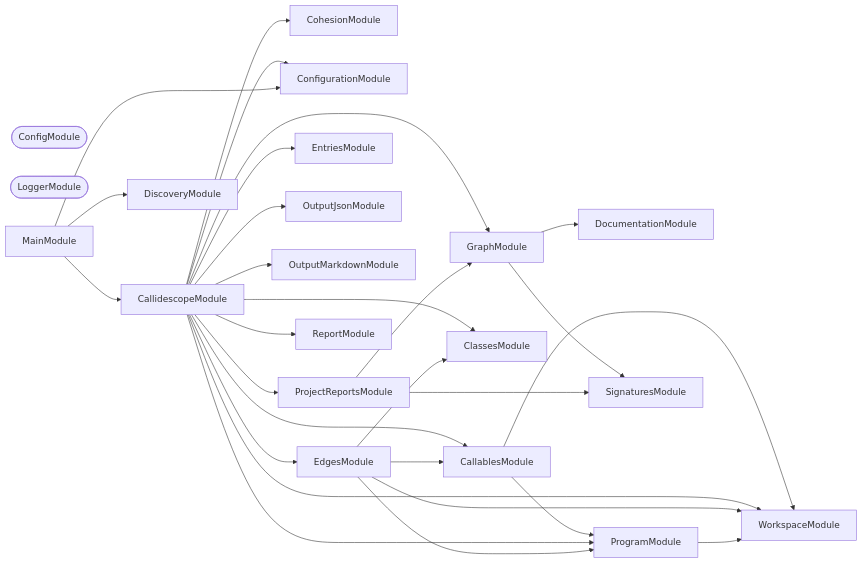
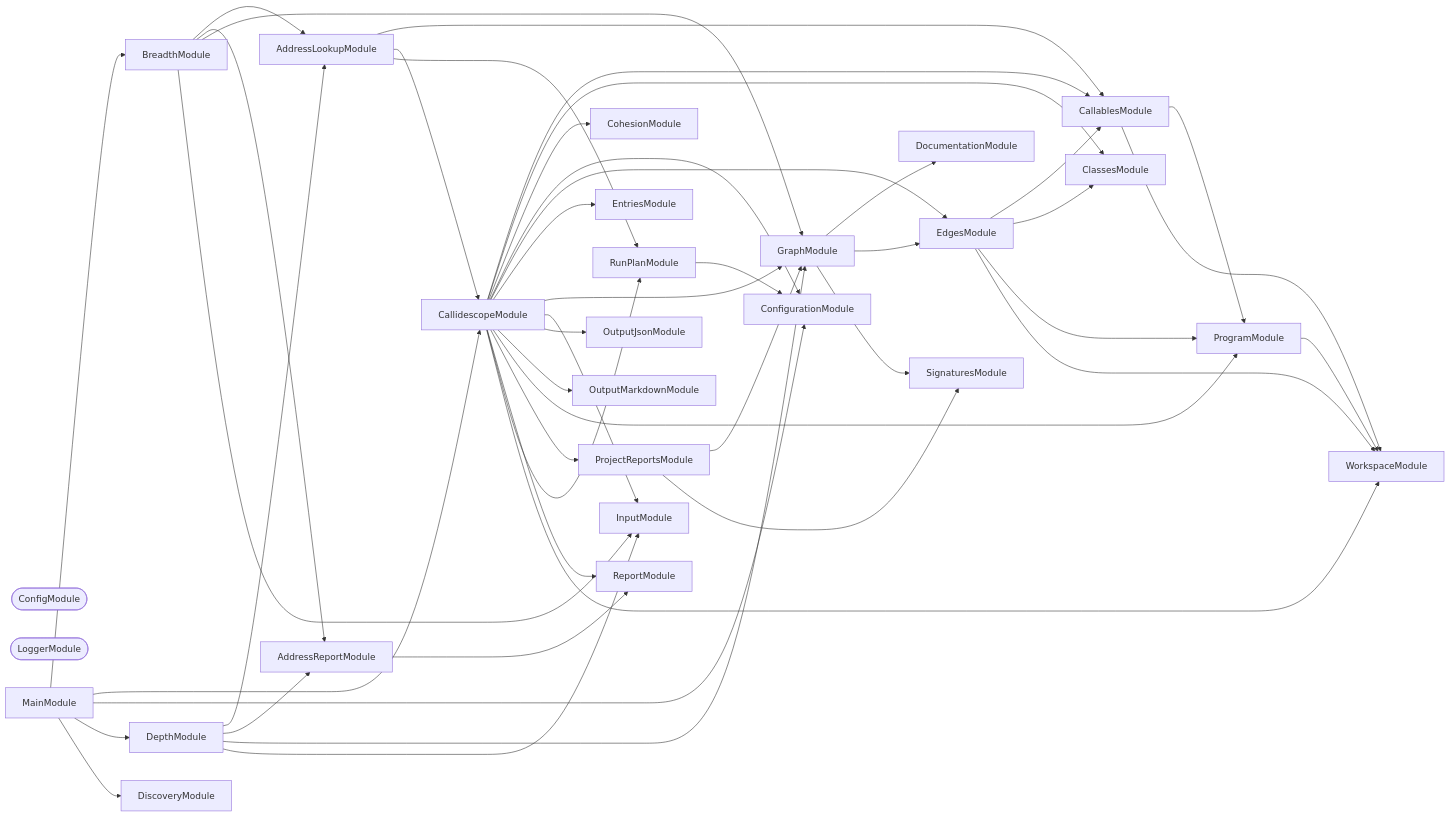
The second of 3 diagrams in packages/callidescope-cli/README.md (JimmyPaolini/codebase), drawn with Mermaid before and after one commit. The commit also changed other lines of this file and 43 other files, not shown here.

````diff
--- a/packages/callidescope-cli/README.md
+++ b/packages/callidescope-cli/README.md
@@ -488,50 +680,74 @@
 ```mermaid
 flowchart LR
+  AddressLookupModule
+  AddressReportModule
+  BreadthModule
   CallablesModule
   CallidescopeModule
   ClassesModule
   CohesionModule
   ConfigModule([ConfigModule])
   ConfigurationModule
+  DepthModule
   DiscoveryModule
   DocumentationModule
   EdgesModule
   EntriesModule
   GraphModule
+  InputModule
   LoggerModule([LoggerModule])
   MainModule
   OutputJsonModule
   OutputMarkdownModule
   ProgramModule
   ProjectReportsModule
   ReportModule
+  RunPlanModule
   SignaturesModule
   WorkspaceModule
+  AddressLookupModule --> CallablesModule
+  AddressLookupModule --> CallidescopeModule
+  AddressLookupModule --> RunPlanModule
+  AddressReportModule --> ReportModule
+  BreadthModule --> AddressLookupModule
+  BreadthModule --> AddressReportModule
+  BreadthModule --> GraphModule
+  BreadthModule --> InputModule
   CallablesModule --> ProgramModule
   CallablesModule --> WorkspaceModule
   CallidescopeModule --> CallablesModule
   CallidescopeModule --> ClassesModule
   CallidescopeModule --> CohesionModule
   CallidescopeModule --> ConfigurationModule
   CallidescopeModule --> EdgesModule
   CallidescopeModule --> EntriesModule
   CallidescopeModule --> GraphModule
+  CallidescopeModule --> InputModule
   CallidescopeModule --> OutputJsonModule
   CallidescopeModule --> OutputMarkdownModule
   CallidescopeModule --> ProgramModule
   CallidescopeModule --> ProjectReportsModule
   CallidescopeModule --> ReportModule
+  CallidescopeModule --> RunPlanModule
   CallidescopeModule --> WorkspaceModule
+  DepthModule --> AddressLookupModule
+  DepthModule --> AddressReportModule
+  DepthModule --> GraphModule
+  DepthModule --> InputModule
   EdgesModule --> CallablesModule
   EdgesModule --> ClassesModule
   EdgesModule --> ProgramModule
   EdgesModule --> WorkspaceModule
   GraphModule --> DocumentationModule
+  GraphModule --> EdgesModule
   GraphModule --> SignaturesModule
+  MainModule --> BreadthModule
   MainModule --> CallidescopeModule
   MainModule --> ConfigurationModule
+  MainModule --> DepthModule
   MainModule --> DiscoveryModule
   ProgramModule --> WorkspaceModule
   ProjectReportsModule --> GraphModule
   ProjectReportsModule --> SignaturesModule
+  RunPlanModule --> ConfigurationModule
 ```
````
